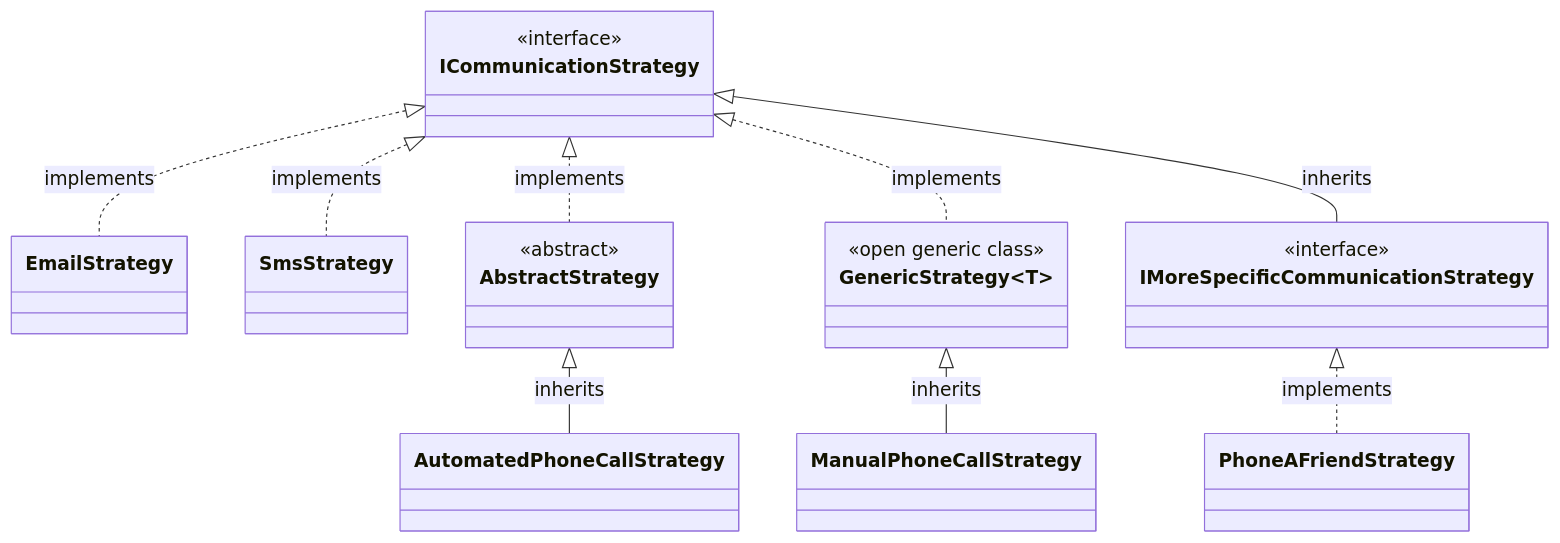
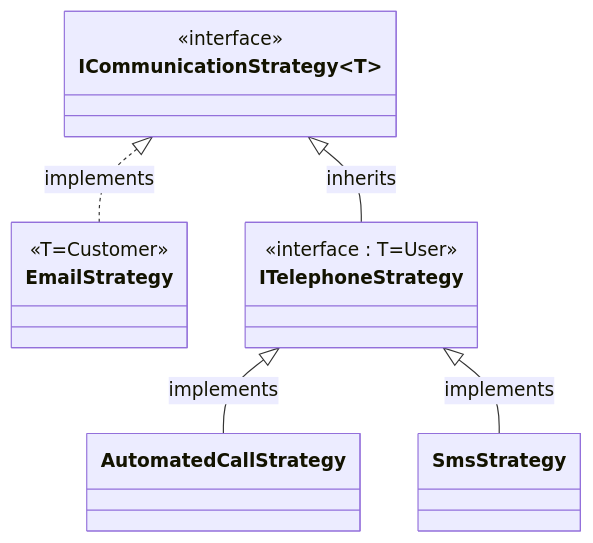
One commit to mrpmorris/Roslynject changed the third of 3 diagrams in Docs/Filters/RegisterInterfacesOfType.md. Above: the diagram before and after it, drawn with Mermaid. The commit also changed other lines of this file and 1 other file, not shown here.

````diff
--- a/Docs/Filters/RegisterInterfacesOfType.md
+++ b/Docs/Filters/RegisterInterfacesOfType.md
@@ -26,28 +136,18 @@
 ```mermaid
 classDiagram
+    ICommunicationStrategy~T~ <|.. EmailStrategy : implements
+    ICommunicationStrategy~T~ <|-- ITelephoneStrategy : inherits
+    ITelephoneStrategy <|-- AutomatedCallStrategy : implements
+    ITelephoneStrategy <|-- SmsStrategy : implements
 
-   ICommunicationStrategy <|.. EmailStrategy : implements
-   ICommunicationStrategy <|.. SmsStrategy : implements
-   ICommunicationStrategy <|.. AbstractStrategy : implements
-   AbstractStrategy <|-- AutomatedPhoneCallStrategy : inherits
-   ICommunicationStrategy <|.. GenericStrategy~T~ : implements
-   GenericStrategy~T~ <|-- ManualPhoneCallStrategy : inherits
-   ICommunicationStrategy <|-- IMoreSpecificCommunicationStrategy : inherits
-   IMoreSpecificCommunicationStrategy <|.. PhoneAFriendStrategy : implements
+class ICommunicationStrategy {
+   <<interface>>
+}
+class ITelephoneStrategy {
+   <<interface : T=User>>
+}
 
-   class ICommunicationStrategy {
-      <<interface>>
-   }
-
-   class IMoreSpecificCommunicationStrategy {
-      <<interface>>
-   }
-
-   class AbstractStrategy {
-      <<abstract>>
-   }
-
-   class GenericStrategy {
-      <<open generic class>>
-   }
+class EmailStrategy {
+   <<T=Customer>>
+}
 ```
````
